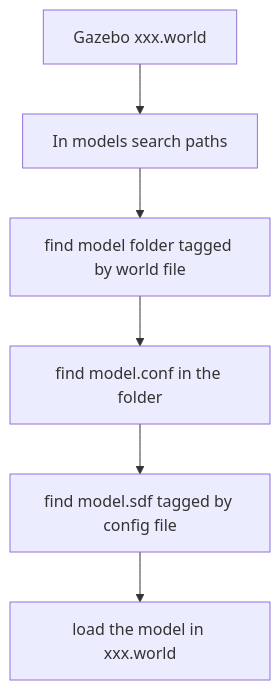
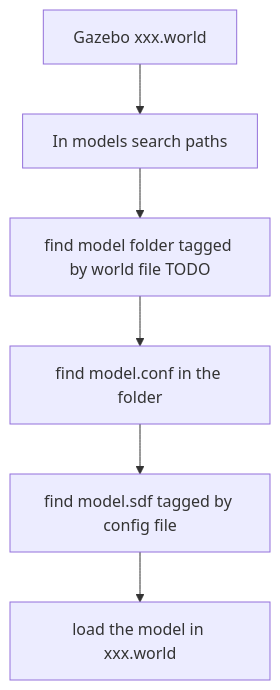
Before and after one commit to RJJxp/Markdown.md: the diagram in LearningNotes/gazebo_note.md, drawn with Mermaid. The commit also changed other lines of this file, not shown here.

````diff
--- a/LearningNotes/gazebo_note.md
+++ b/LearningNotes/gazebo_note.md
@@ -122,8 +124,8 @@
 ```mermaid
 graph TD
 A[Gazebo xxx.world] -->  B[In models search paths ]
-B --> C[find model folder tagged by world file]
+B --> C[find model folder tagged by world file TODO]
 C --> D[find model.conf in the folder]
 D --> E[find model.sdf tagged by config file]
 E --> F[load the model in xxx.world]
 ```
````
